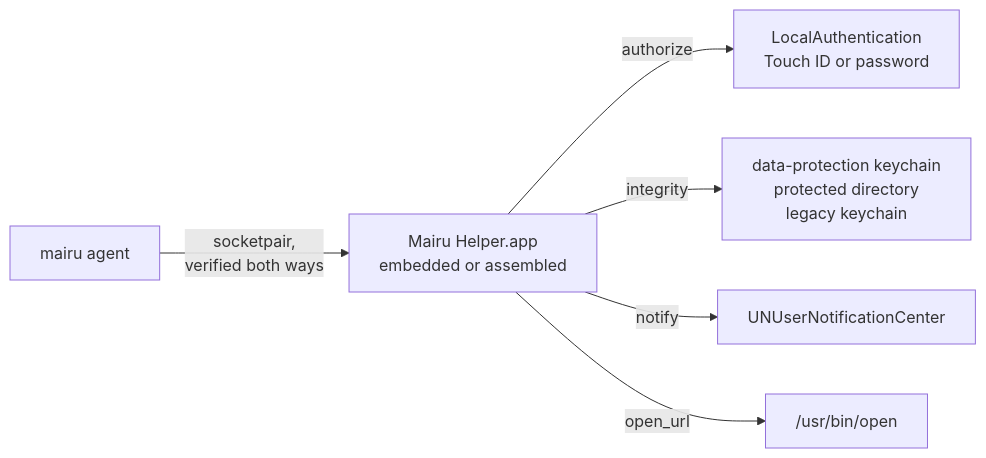
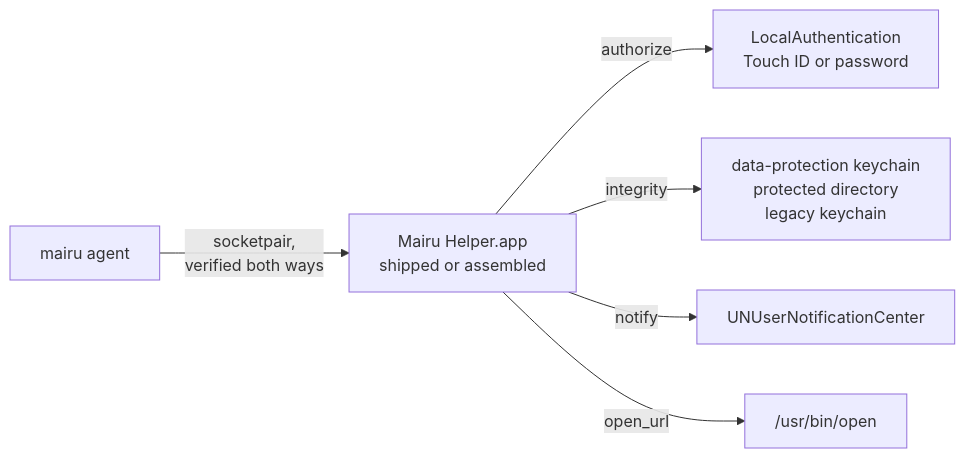
The first of 2 diagrams in docs/specs/019-macos-platform-helper.md (sorah/mairu), drawn with Mermaid before and after one commit. The commit also changed other lines of this file and 5 other files, not shown here.

````diff
--- a/docs/specs/019-macos-platform-helper.md
+++ b/docs/specs/019-macos-platform-helper.md
@@ -175,8 +175,8 @@
 ```mermaid
 flowchart LR
-  A["mairu agent"] -- "socketpair,<br/>verified both ways" --> H["Mairu Helper.app<br/>embedded or assembled"]
+  A["mairu agent"] -- "socketpair,<br/>verified both ways" --> H["Mairu Helper.app<br/>shipped or assembled"]
   H -- "authorize" --> LA["LocalAuthentication<br/>Touch ID or password"]
   H -- "integrity" --> KC["data-protection keychain<br/>protected directory<br/>legacy keychain"]
   H -- "notify" --> UN["UNUserNotificationCenter"]
   H -- "open_url" --> OP["/usr/bin/open"]
 ```
````
